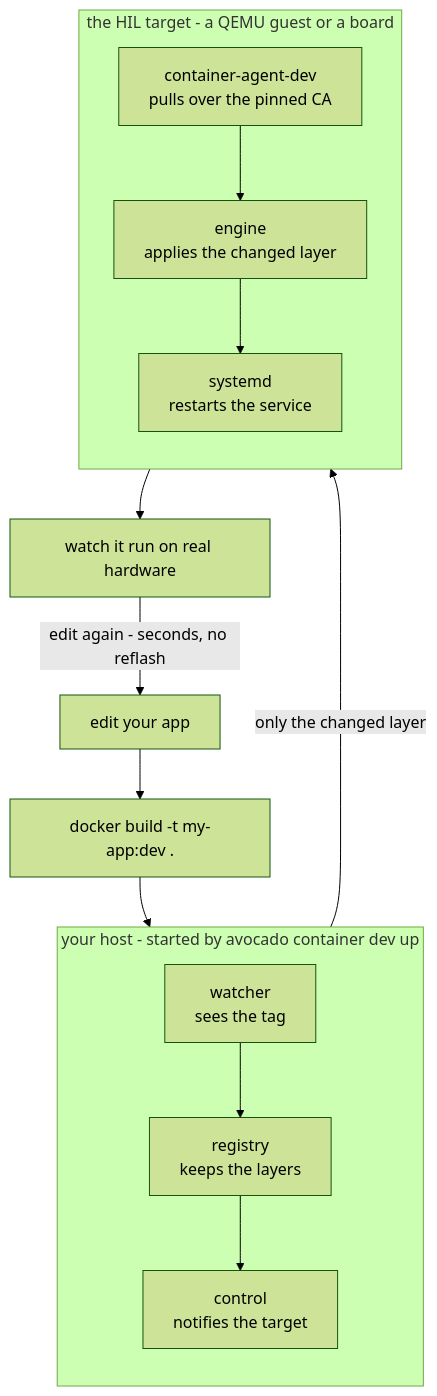
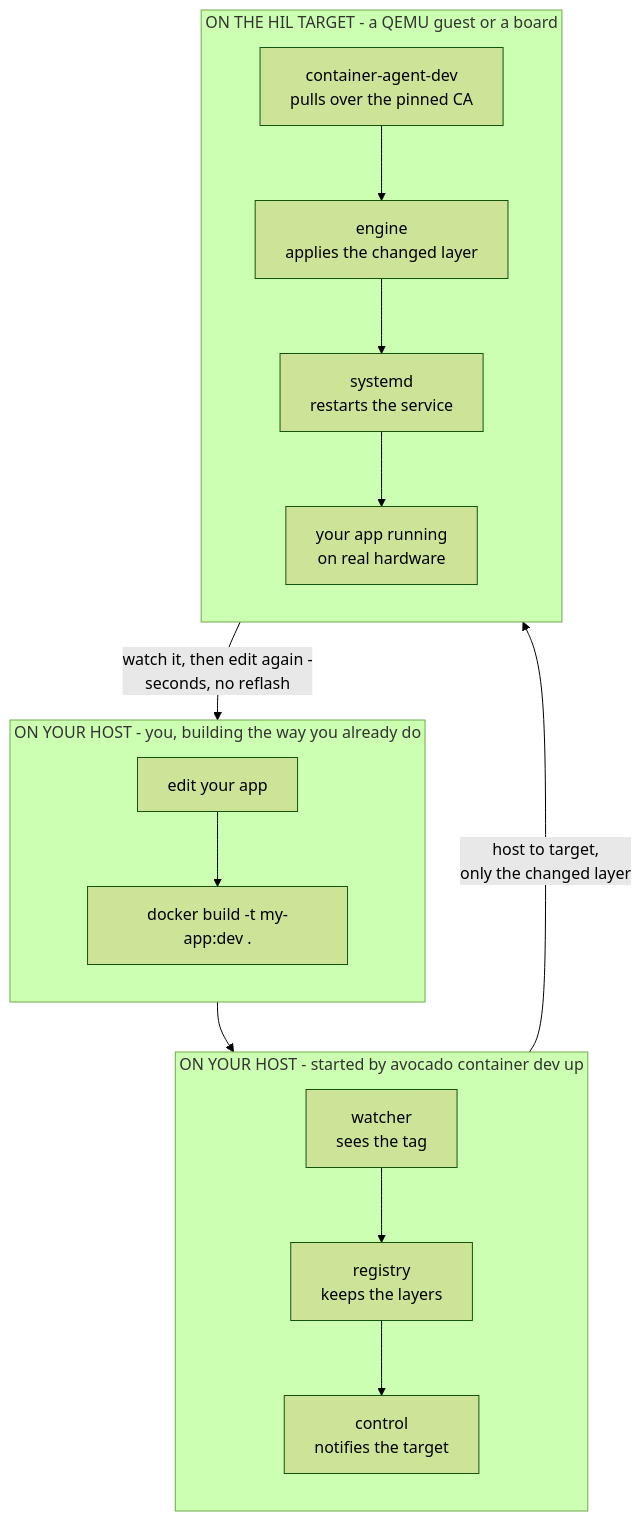
One commit to peridio/docs changed the first of 5 diagrams in src/docs-guides/container-dev-mode.md. Above: the diagram before and after it, drawn with Mermaid (forest theme). The commit also changed other lines of this file, not shown here.

First line of the commit message:
docs-guides/container-dev-mode: say which machine every diagram step runs on

````diff
--- a/src/docs-guides/container-dev-mode.md
+++ b/src/docs-guides/container-dev-mode.md
@@ -26,27 +26,30 @@
 ```mermaid
 flowchart TD
-    edit["edit your app"]
-    build["docker build -t my-app:dev ."]
-    watch["watch it run on real hardware"]
+    subgraph you["ON YOUR HOST - you, building the way you already do"]
+        direction TB
+        edit["edit your app"]
+        build["docker build -t my-app:dev ."]
+        edit --> build
+    end
 
-    subgraph host["your host - started by avocado container dev up"]
+    subgraph host["ON YOUR HOST - started by avocado container dev up"]
         direction TB
         watcher["watcher<br/>sees the tag"]
         registry["registry<br/>keeps the layers"]
         control["control<br/>notifies the target"]
         watcher --> registry --> control
     end
 
-    subgraph target["the HIL target - a QEMU guest or a board"]
+    subgraph target["ON THE HIL TARGET - a QEMU guest or a board"]
         direction TB
         agent["container-agent-dev<br/>pulls over the pinned CA"]
         engine["engine<br/>applies the changed layer"]
         unit["systemd<br/>restarts the service"]
-        agent --> engine --> unit
+        running["your app running<br/>on real hardware"]
+        agent --> engine --> unit --> running
     end
 
-    edit --> build --> watcher
-    control -->|"only the changed layer"| agent
-    unit --> watch
-    watch -->|"edit again - seconds, no reflash"| edit
+    build --> watcher
+    control -->|"host to target,<br/>only the changed layer"| agent
+    running -->|"watch it, then edit again -<br/>seconds, no reflash"| edit
 ```
````
